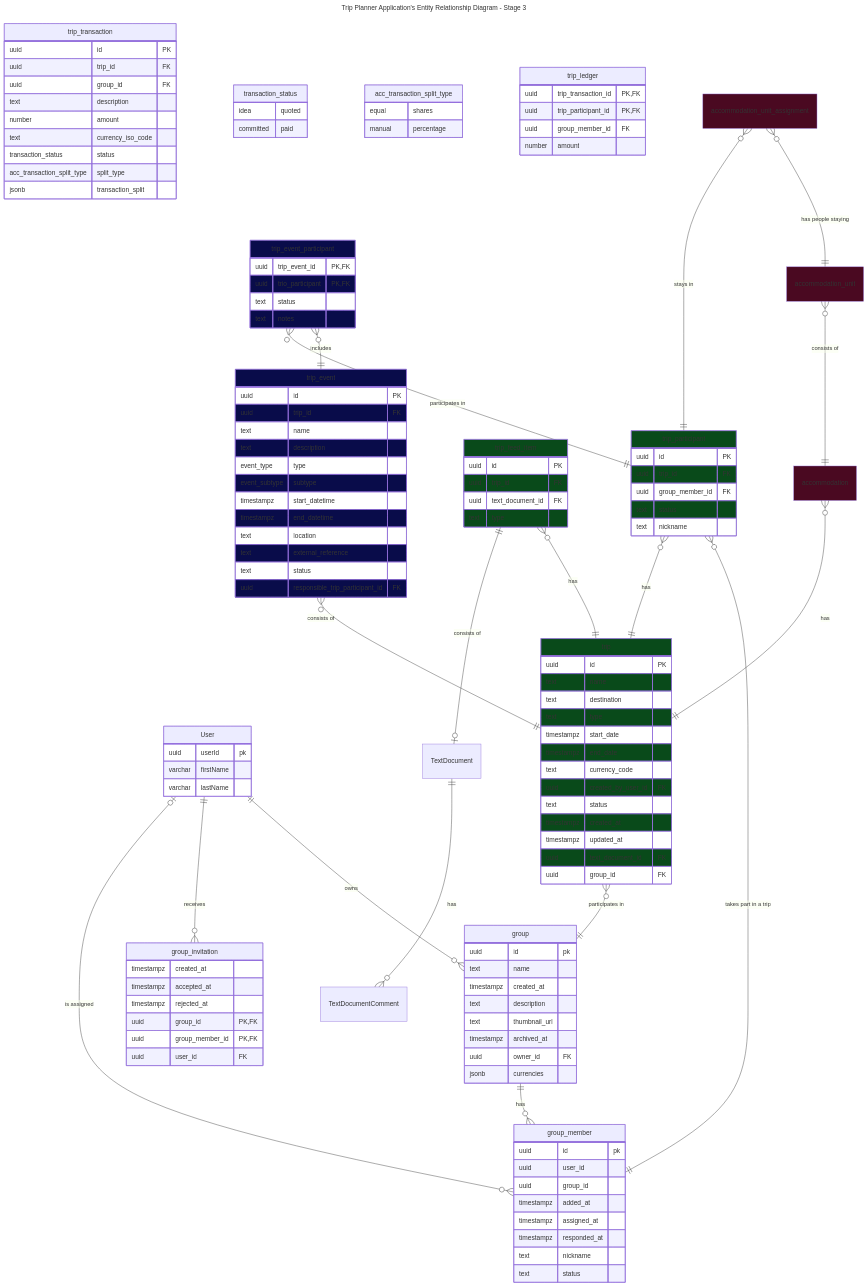
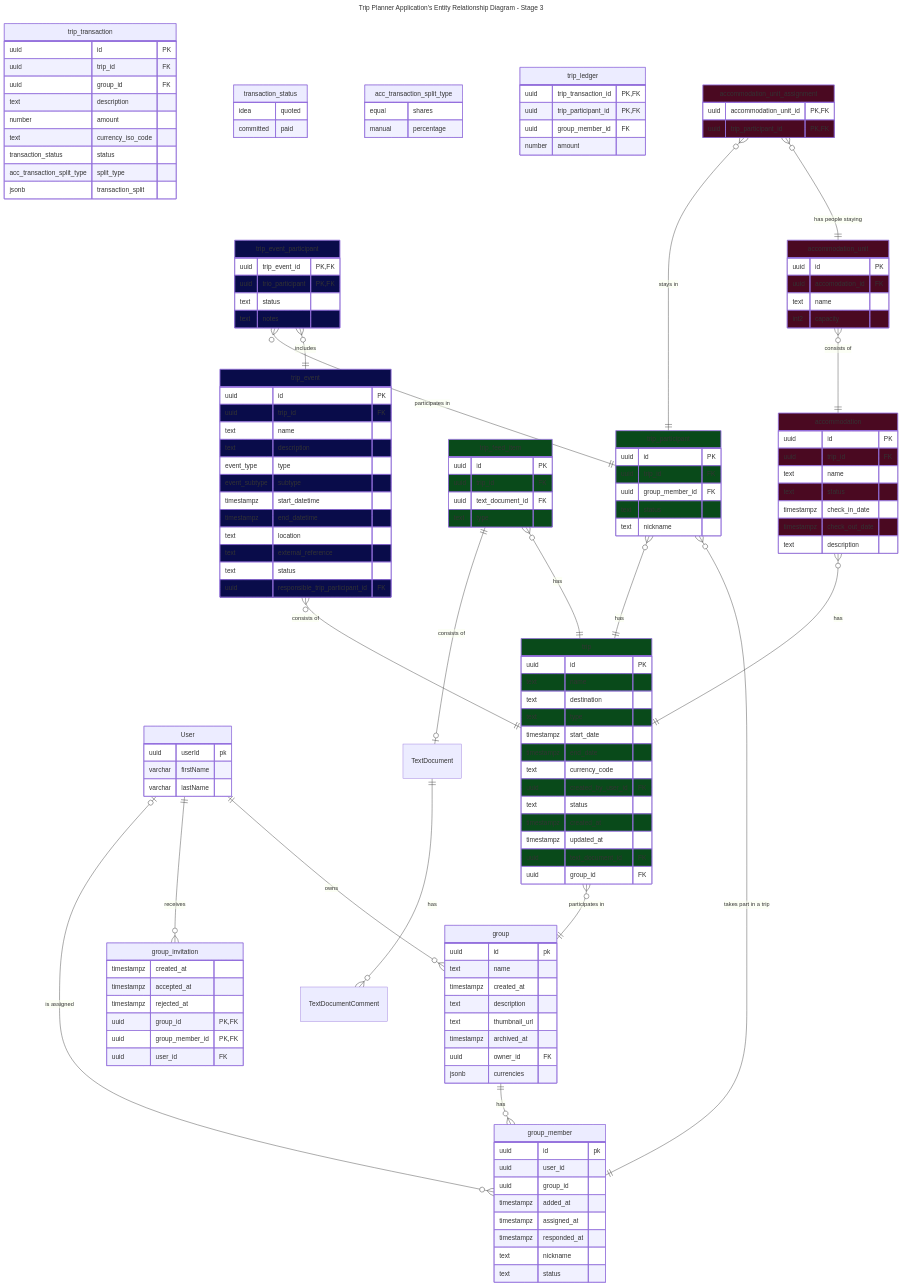
Before and after one commit to mackili/piwopaliwo.pl: the diagram in piwo/app/[locale]/(with-sidebar)/apps/trip-planner/Readme.md, drawn with Mermaid. The commit also changed 22 other files, not shown here.

```diff
--- a/piwo/app/[locale]/(with-sidebar)/apps/trip-planner/Readme.md
+++ b/piwo/app/[locale]/(with-sidebar)/apps/trip-planner/Readme.md
@@ -131,11 +131,27 @@
     number amount
 }
 
-accommodation
+accommodation {
+    uuid id PK
+    uuid trip_id FK
+    text name
+    text status
+    timestampz check_in_date
+    timestampz check_out_date
+    text description
+}
 
-accommodation_unit
+accommodation_unit {
+    uuid id PK
+    uuid accomodation_id FK
+    text name
+    int2 capacity
+}
 
-accommodation_unit_assignment
+accommodation_unit_assignment {
+    uuid accommodation_unit_id PK, FK
+    uuid trip_participant_id PK, FK
+}
 
 User ||--o{ group : owns
 group ||--o{ group_member: has
```
